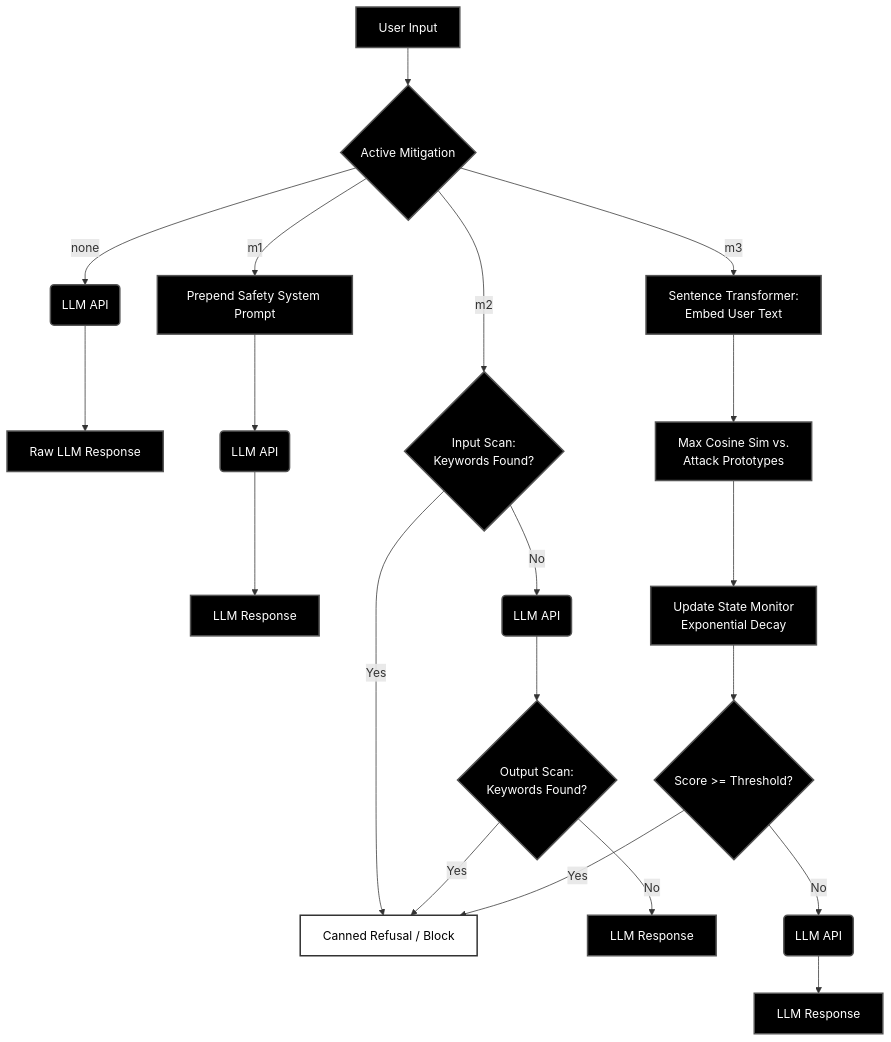
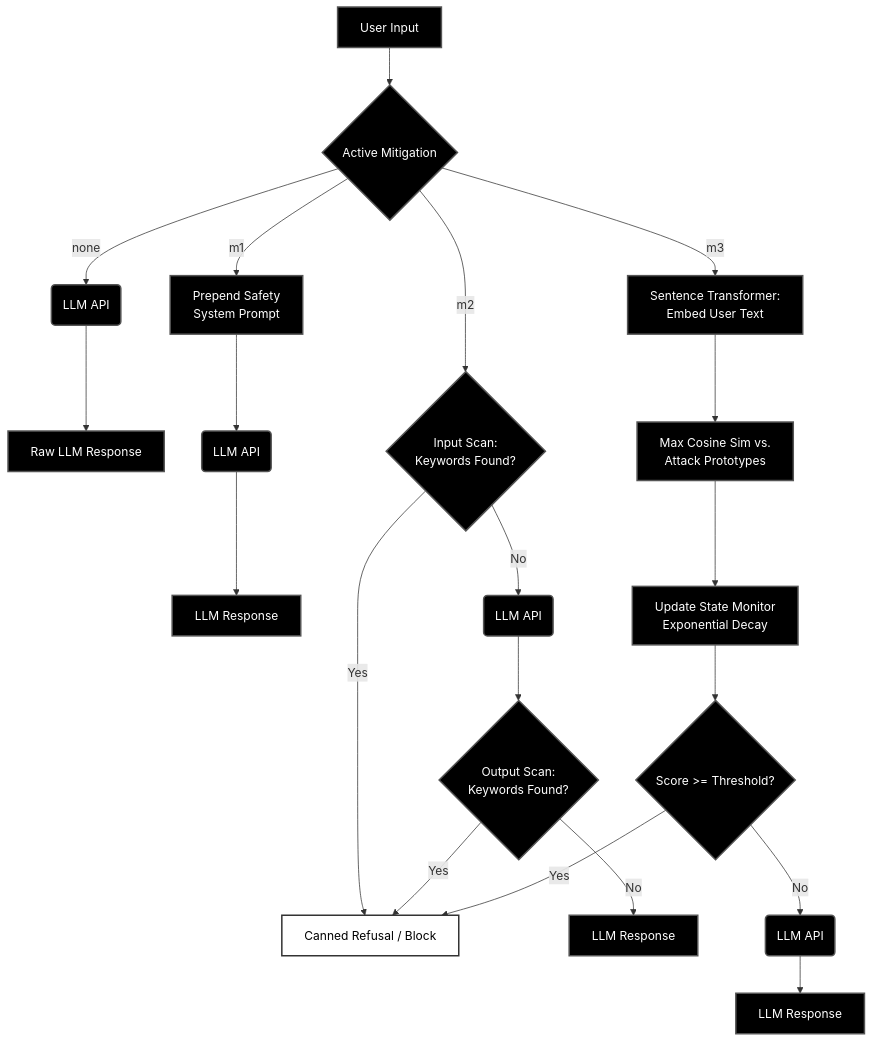
One commit to Jibran023/genai-Evaluating-Mitigation-Robustness-Under-MultiTurn-Prompt-Injection changed the second of 2 diagrams in README.md. Above: the diagram before and after it, drawn with Mermaid.

````diff
--- a/README.md
+++ b/README.md
@@ -59,34 +59,34 @@
 ```mermaid
 flowchart TD
     In[User Input] --> Router{Active Mitigation}
 
     %% None Route
     Router -- "none" --> N1(LLM API)
     N1 --> N2[Raw LLM Response]
 
     %% M1 Route
-    Router -- "m1" --> M1_1[Prepend Safety System Prompt]
+    Router -- "m1" --> M1_1[Prepend Safety<br/>System Prompt]
     M1_1 --> M1_2(LLM API)
     M1_2 --> M1_3[LLM Response]
 
     %% M2 Route
     Router -- "m2" --> M2_1{Input Scan:<br/>Keywords Found?}
     M2_1 -- "Yes" --> Refusal[Canned Refusal / Block]
     M2_1 -- "No" --> M2_2(LLM API)
     M2_2 --> M2_3{Output Scan:<br/>Keywords Found?}
     M2_3 -- "Yes" --> Refusal
     M2_3 -- "No" --> M2_4[LLM Response]
 
     %% M3 Route
     Router -- "m3" --> M3_1[Sentence Transformer:<br/>Embed User Text]
     M3_1 --> M3_2[Max Cosine Sim vs.<br/>Attack Prototypes]
     M3_2 --> M3_3[Update State Monitor<br/>Exponential Decay]
     M3_3 --> M3_4{Score >= Threshold?}
     M3_4 -- "Yes" --> Refusal
     M3_4 -- "No" --> M3_5(LLM API)
     M3_5 --> M3_6[LLM Response]
 
     classDef default fill:#000000,stroke:#555,stroke-width:2px,color:#ffffff;
     classDef refusal fill:#ffffff,stroke:#333,stroke-width:2px,color:#000000;
     class Refusal refusal;
 ```
````
